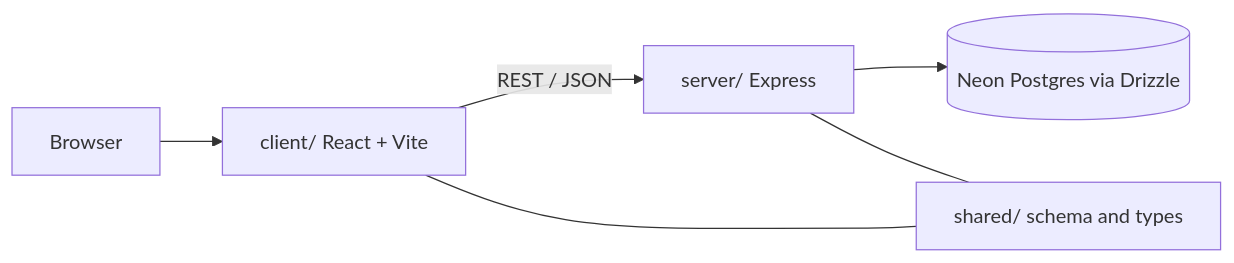
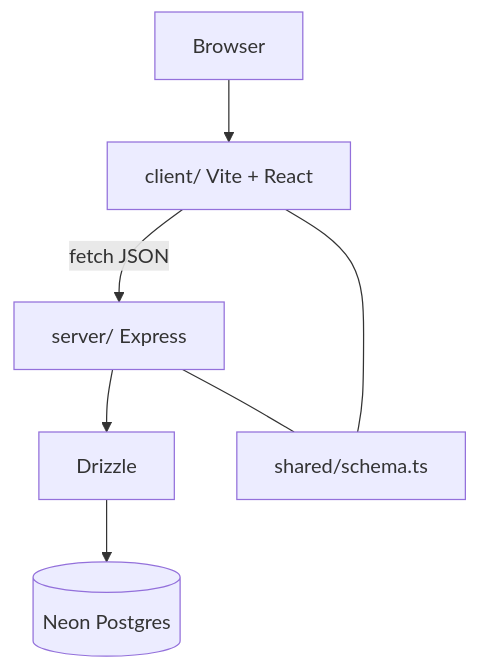
Before and after one commit to Aneesh495/portfolio: the diagram in README.md, drawn with Mermaid. The commit also changed other lines of this file, not shown here.

Commit message:
Detail client routing, Express host, and shared-schema build outputs

````diff
--- a/README.md
+++ b/README.md
@@ -8,8 +7,9 @@
 ```mermaid
-flowchart LR
-  Browser --> Client[client/ React + Vite]
-  Client -->|REST / JSON| Server[server/ Express]
-  Server --> DB[(Neon Postgres via Drizzle)]
-  Client --- Shared[shared/ schema and types]
+flowchart TB
+  Browser --> Client[client/ Vite + React]
+  Client -->|fetch JSON| Server[server/ Express]
+  Server --> ORM[Drizzle]
+  ORM --> PG[(Neon Postgres)]
+  Client --- Shared[shared/schema.ts]
   Server --- Shared
 ```
````
